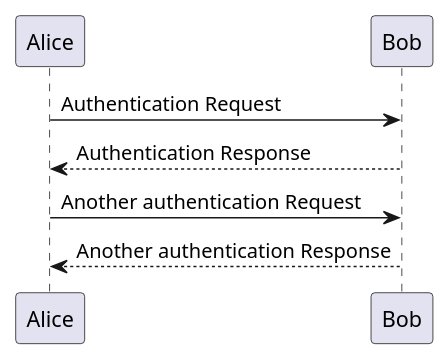
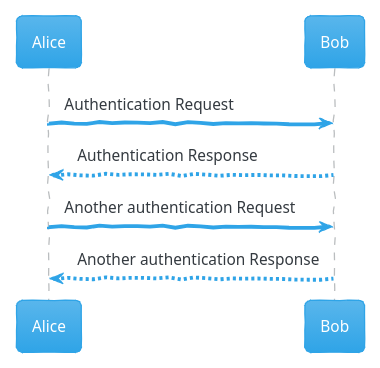
One commit to techb0lt/techb0lt.github.old changed the first of 4 diagrams in _posts/2019-04-18-welcome-to-puml.md. Above: the diagram before and after it, drawn with PlantUML. The commit also changed other lines of this file, not shown here.

Commit message:
test with simpler flow

````diff
--- a/_posts/2019-04-18-welcome-to-puml.md
+++ b/_posts/2019-04-18-welcome-to-puml.md
@@ -17,9 +27,13 @@
-```plantuml
+```plantuml!
 @startuml
+scale 0.8
+!theme cerulean
+skinparam handwritten true
+skinparam shadowing false
 Alice -> Bob: Authentication Request
 Bob --> Alice: Authentication Response
 
 Alice -> Bob: Another authentication Request
 Alice <-- Bob: Another authentication Response
 @enduml
 ```
````
